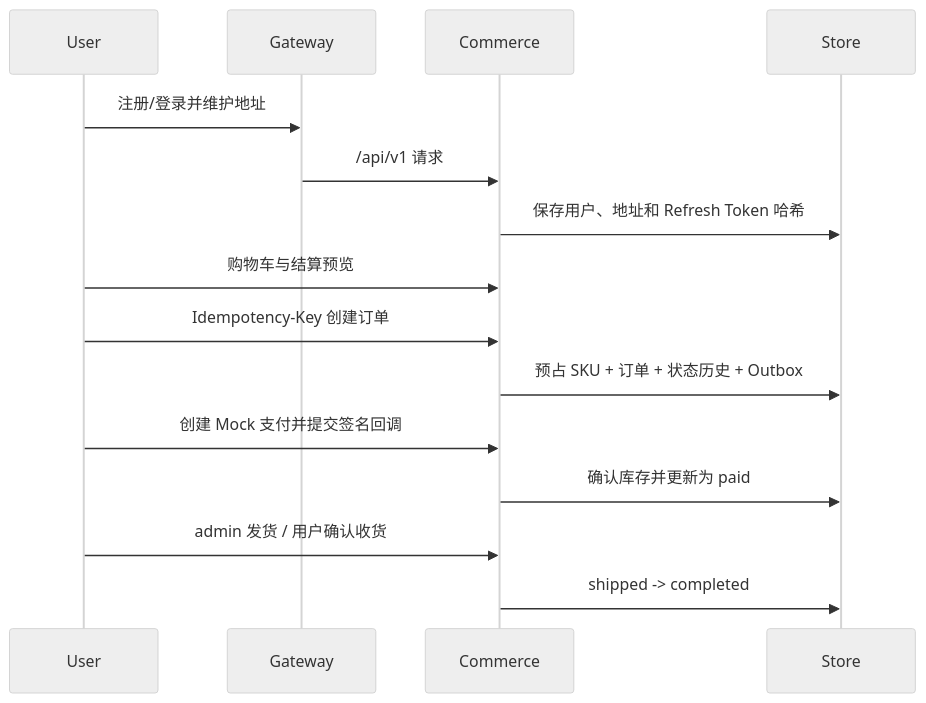
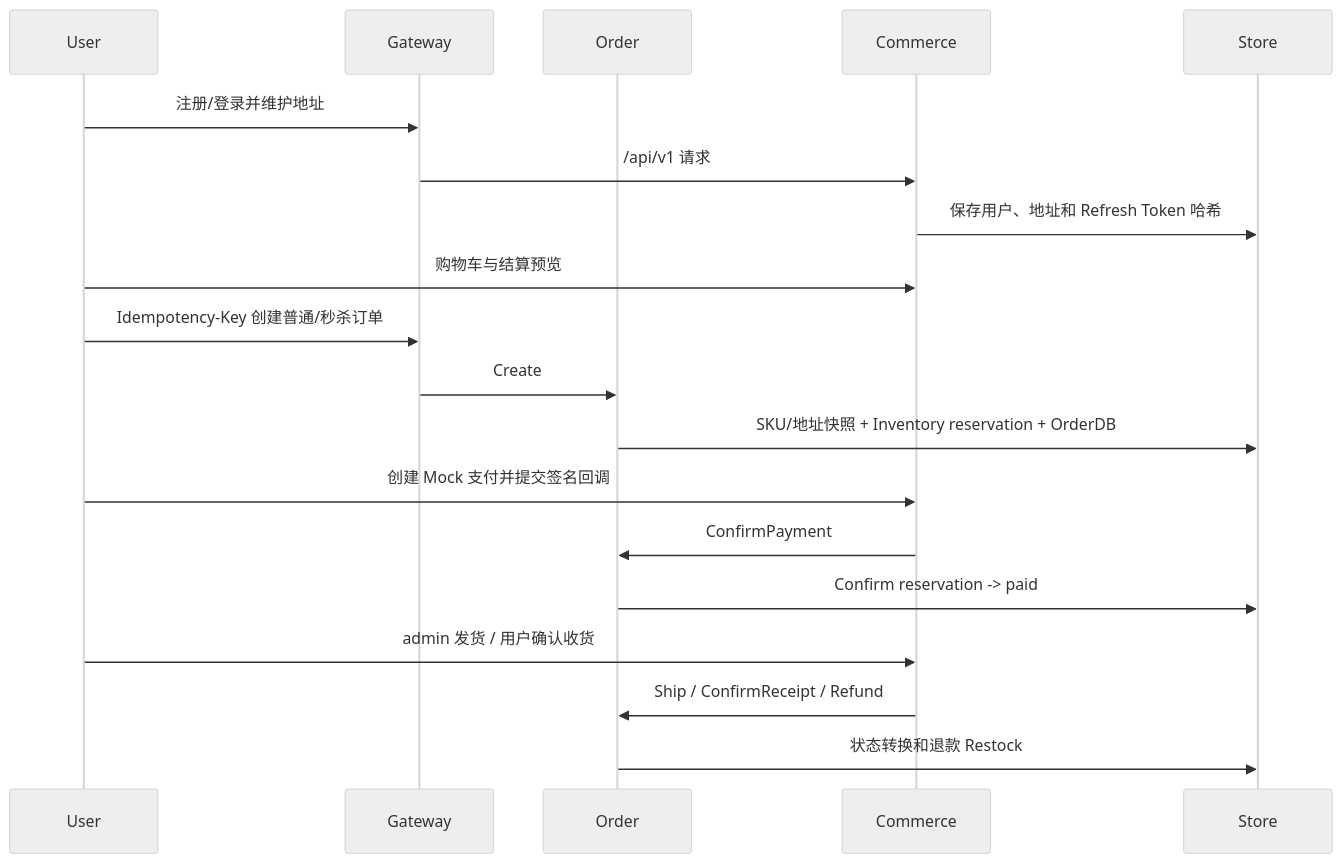
The third of 3 diagrams in helloagents/wiki/arch.md (Kxa42/seckill-mall), drawn with Mermaid (neutral theme) before and after one commit. The commit also changed other lines of this file and 68 other files, not shown here.

````diff
--- a/helloagents/wiki/arch.md
+++ b/helloagents/wiki/arch.md
@@ -75,17 +80,21 @@
 ```mermaid
 sequenceDiagram
     participant User
     participant Gateway
+    participant Order
     participant Commerce
     participant Store
     User->>Gateway: 注册/登录并维护地址
     Gateway->>Commerce: /api/v1 请求
     Commerce->>Store: 保存用户、地址和 Refresh Token 哈希
     User->>Commerce: 购物车与结算预览
-    User->>Commerce: Idempotency-Key 创建订单
-    Commerce->>Store: 预占 SKU + 订单 + 状态历史 + Outbox
+    User->>Gateway: Idempotency-Key 创建普通/秒杀订单
+    Gateway->>Order: Create
+    Order->>Store: SKU/地址快照 + Inventory reservation + OrderDB
     User->>Commerce: 创建 Mock 支付并提交签名回调
-    Commerce->>Store: 确认库存并更新为 paid
+    Commerce->>Order: ConfirmPayment
+    Order->>Store: Confirm reservation -> paid
     User->>Commerce: admin 发货 / 用户确认收货
-    Commerce->>Store: shipped -> completed
+    Commerce->>Order: Ship / ConfirmReceipt / Refund
+    Order->>Store: 状态转换和退款 Restock
 ```
````
